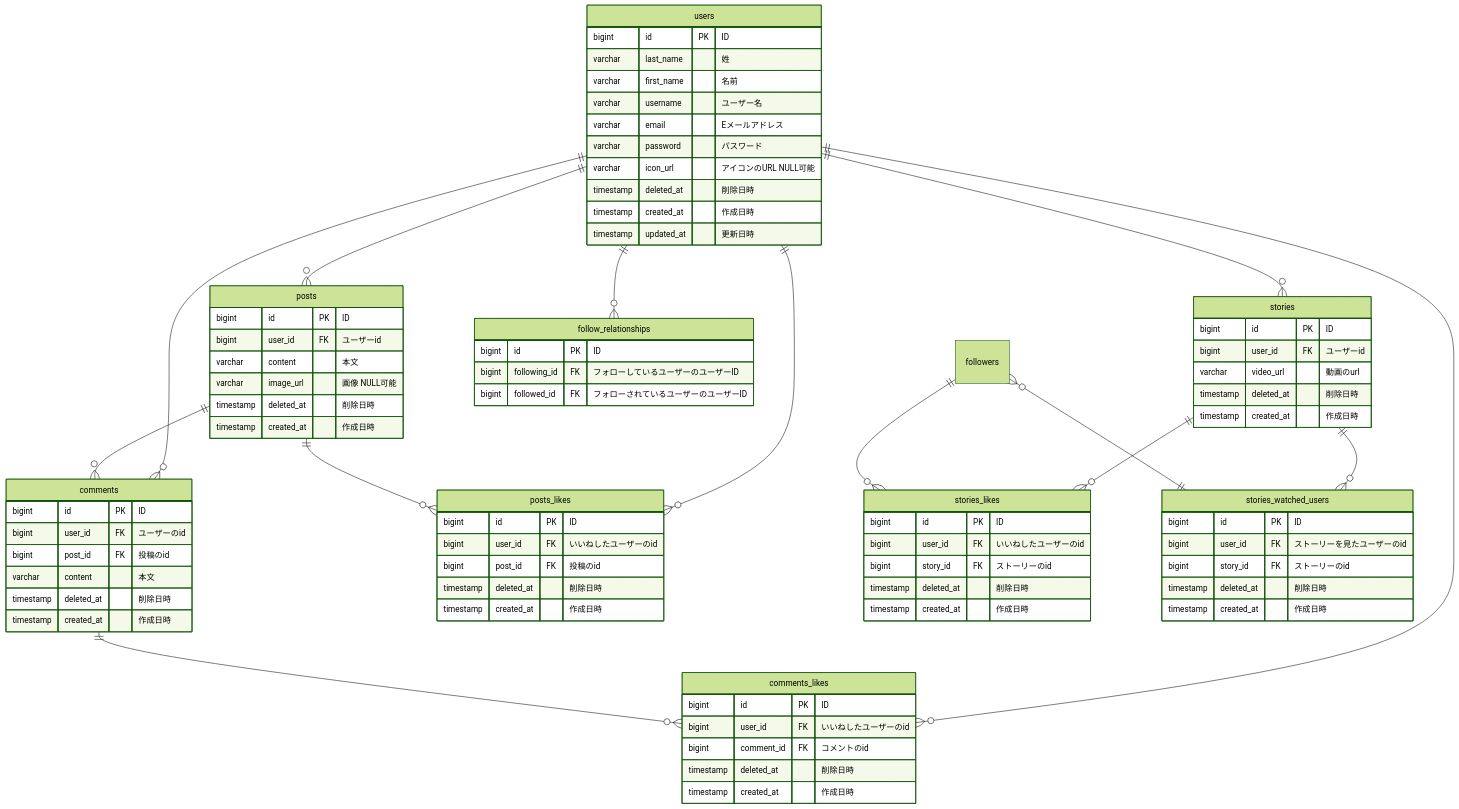
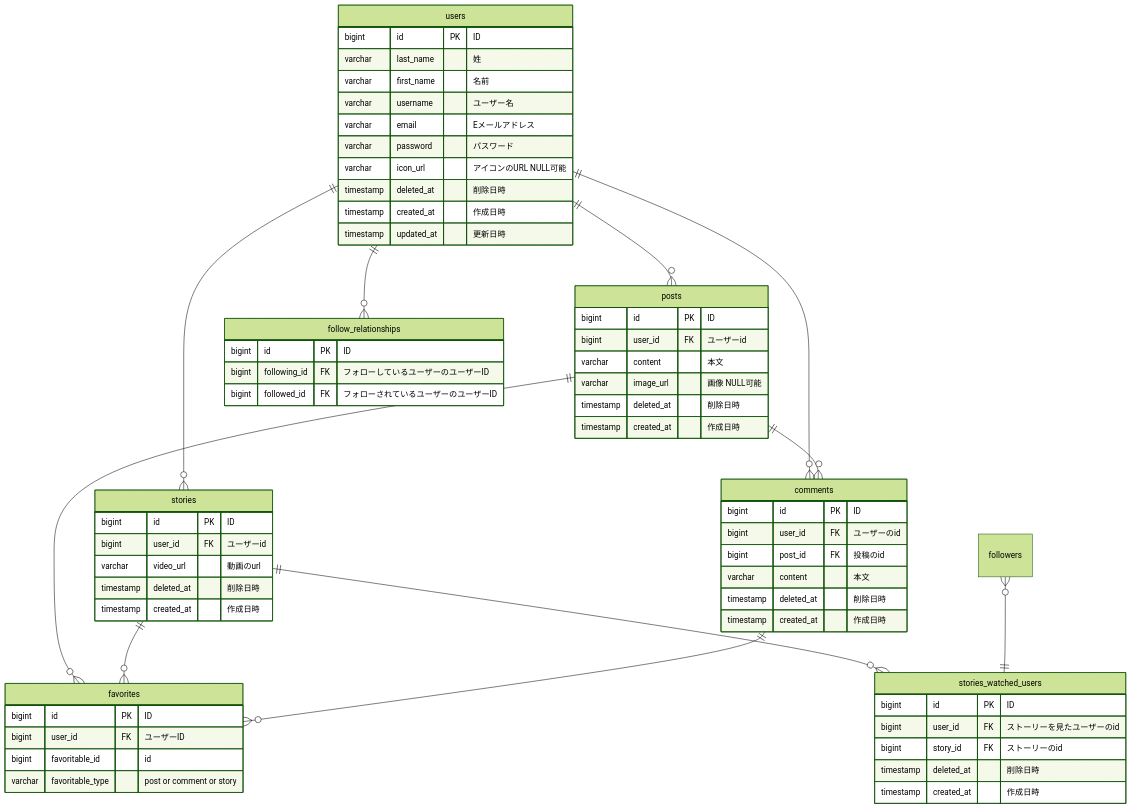
One commit to StoryEdutech/study_repo changed the diagram in kinoshita/pracitce-erd/ER図.md. Above: the diagram before and after it, drawn with Mermaid (forest theme).

Commit message:
いいねを作り直し favorites

```diff
--- a/kinoshita/pracitce-erd/ER図.md
+++ b/kinoshita/pracitce-erd/ER図.md
@@ -2,21 +2,19 @@
 erDiagram
     users ||--o{ posts : ""
     users ||--o{ stories : ""
+    users ||--o{ comments : ""
     users ||--o{ follow_relationships : ""
-    users ||--o{ comments : ""
-    users ||--o{ posts_likes : ""
-    users ||--o{ comments_likes : ""
 
     posts ||--o{ comments : ""
-    posts ||--o{ posts_likes : ""
 
-    stories ||--o{ stories_likes : ""
+    posts ||--o{ favorites : ""
+    stories ||--o{ favorites : ""
+    comments ||--o{ favorites : ""
+
     stories ||--o{ stories_watched_users : ""
 
     followers }o--|| stories_watched_users : ""
-    followers ||--o{ stories_likes : ""
 
-    comments ||--o{ comments_likes : ""
 
     users {
       bigint id PK "ID"
@@ -46,30 +44,6 @@
       timestamp created_at "作成日時"
     }
 
-    posts_likes {
-      bigint id PK "ID"
-      bigint user_id FK "いいねしたユーザーのid"
-      bigint post_id FK "投稿のid"
-      timestamp deleted_at "削除日時"
-      timestamp created_at "作成日時"
-    }
-
-    stories_likes {
-      bigint id PK "ID"
-      bigint user_id FK "いいねしたユーザーのid"
-      bigint story_id FK "ストーリーのid"
-      timestamp deleted_at "削除日時"
-      timestamp created_at "作成日時"
-    }
-
-    comments_likes {
-      bigint id PK "ID"
-      bigint user_id FK "いいねしたユーザーのid"
-      bigint comment_id FK "コメントのid"
-      timestamp deleted_at "削除日時"
-      timestamp created_at "作成日時"
-    }
-
     comments {
       bigint id PK "ID"
       bigint user_id FK "ユーザーのid"
@@ -87,6 +61,13 @@
       timestamp created_at "作成日時"
     }
 
+    favorites {
+      bigint id PK "ID"
+      bigint user_id FK "ユーザーID"
+      bigint favoritable_id "id"
+      varchar favoritable_type "post or comment or story"
+    }
+
     stories_watched_users {
       bigint id PK "ID"
       bigint user_id FK "ストーリーを見たユーザーのid"
```
